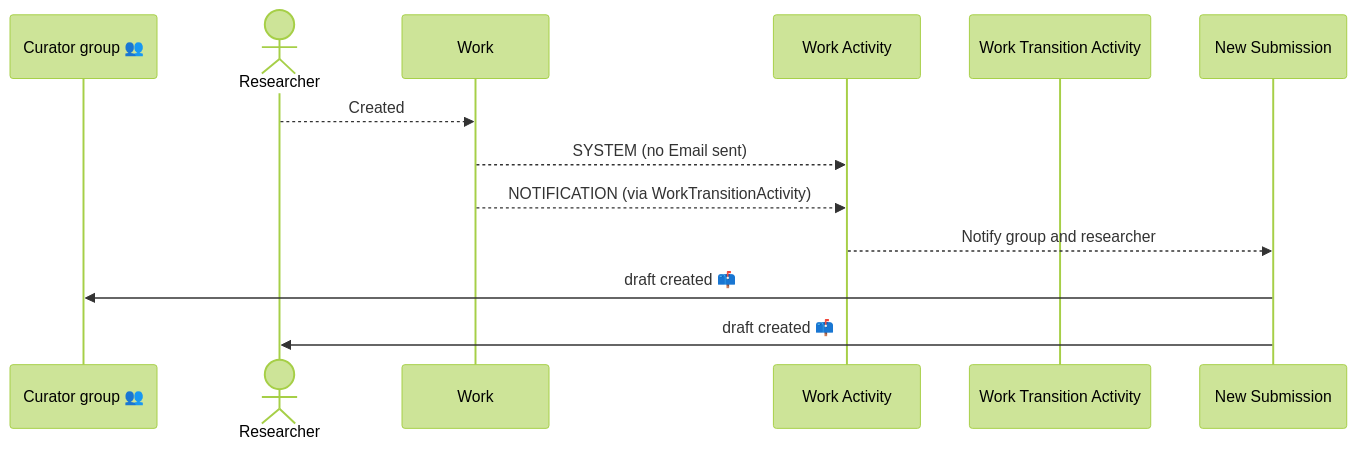
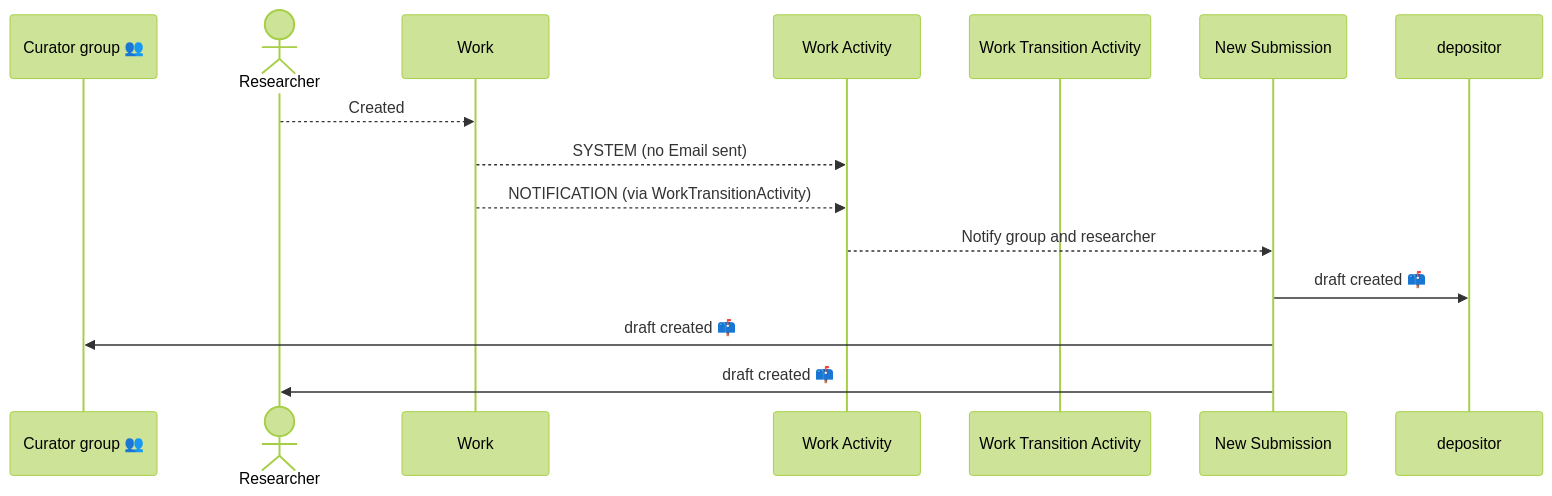
Before and after one commit to pulibrary/pdc_describe: the seventh of 10 diagrams in docs/mail.md, drawn with Mermaid (forest theme). The commit also changed 4 other files, not shown here.

````diff
--- a/docs/mail.md
+++ b/docs/mail.md
@@ -83,15 +83,16 @@
 ```mermaid
 sequenceDiagram
     participant curator as Curator group 👥
     actor researcher as Researcher
     participant work as Work
     participant activity as Work Activity
     participant transition as Work Transition Activity
     participant new as New Submission
     researcher-->>work: Created
     work-->>activity: SYSTEM (no Email sent)
     work-->>activity: NOTIFICATION (via WorkTransitionActivity)
     activity-->>new: Notify group and researcher
+    new->>depositor: draft created 📫
     new->>curator: draft created 📫
     new->>researcher: draft created 📫
 ```
````
